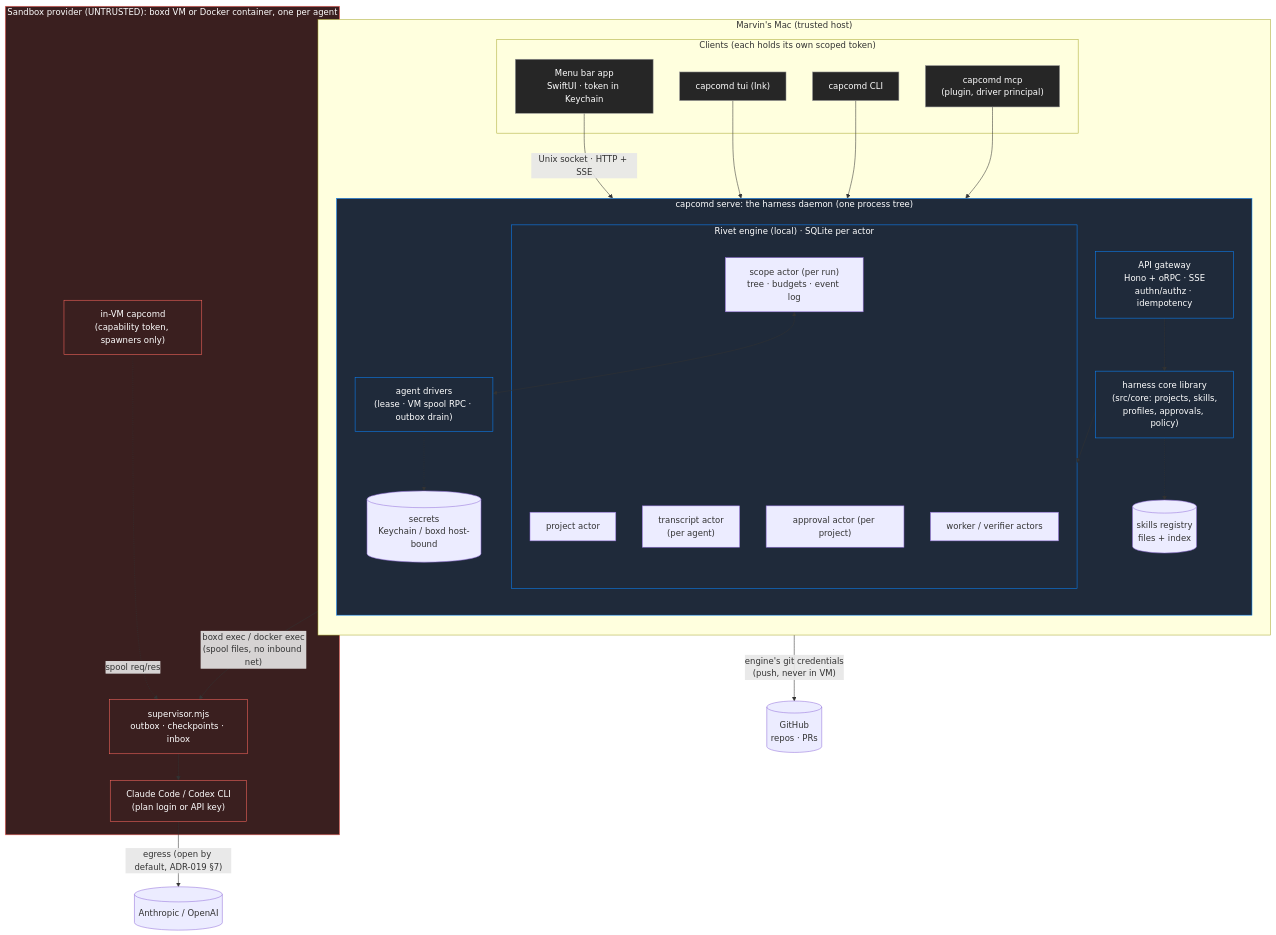
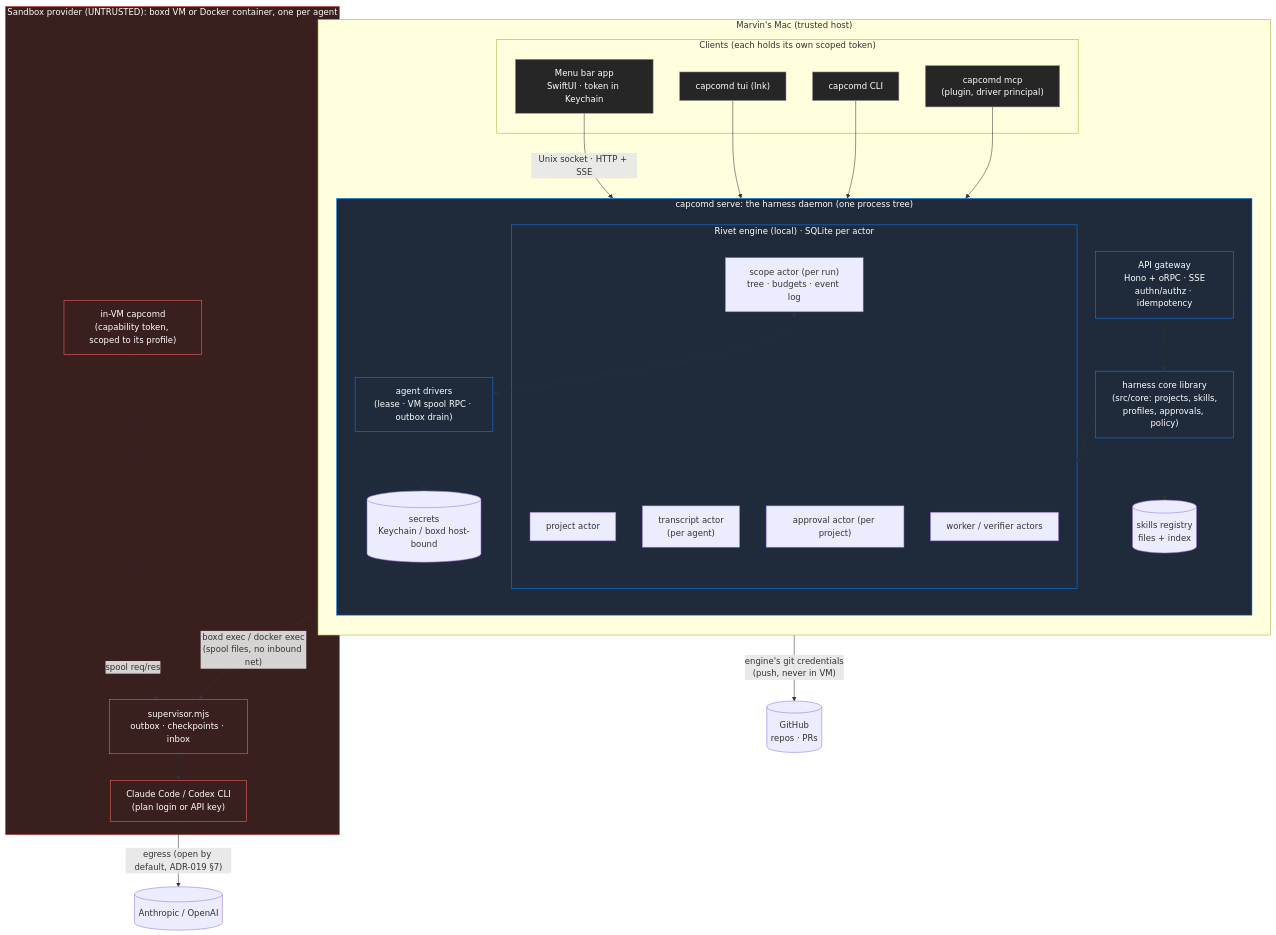
Before and after one commit to MarvinAmador7/capcomd: the diagram in docs/harness-architecture.md, drawn with Mermaid. The commit also changed 23 other files, not shown here.

````diff
--- a/docs/harness-architecture.md
+++ b/docs/harness-architecture.md
@@ -110,55 +110,55 @@
 ```mermaid
 flowchart TB
   subgraph Mac["Marvin's Mac (trusted host)"]
     direction TB
     subgraph Clients["Clients (each holds its own scoped token)"]
       MB["Menu bar app<br/>SwiftUI · token in Keychain"]
       TUI["capcomd tui (Ink)"]
       CLI["capcomd CLI"]
       MCP["capcomd mcp<br/>(plugin, driver principal)"]
     end
     subgraph Daemon["capcomd serve: the harness daemon (one process tree)"]
       direction TB
       API["API gateway<br/>Hono + oRPC · SSE<br/>authn/authz · idempotency"]
       CORE["harness core library<br/>(src/core: projects, skills,<br/>profiles, approvals, policy)"]
       subgraph Engine["Rivet engine (local) · SQLite per actor"]
         PA["project actor"]
         SA["scope actor (per run)<br/>tree · budgets · event log"]
         TA["transcript actor<br/>(per agent)"]
         AA["approval actor (per project)"]
         WA["worker / verifier actors"]
       end
       DRV["agent drivers<br/>(lease · VM spool RPC · outbox drain)"]
       REG[("skills registry<br/>files + index")]
       SEC[("secrets<br/>Keychain / boxd host-bound")]
     end
   end
   subgraph Sandbox["Sandbox provider (UNTRUSTED): boxd VM or Docker container, one per agent"]
     SUP["supervisor.mjs<br/>outbox · checkpoints · inbox"]
     AG["Claude Code / Codex CLI<br/>(plan login or API key)"]
-    VCLI["in-VM capcomd<br/>(capability token, spawners only)"]
+    VCLI["in-VM capcomd<br/>(capability token, scoped to its profile)"]
   end
   GH[("GitHub<br/>repos · PRs")]
   PROV[("Anthropic / OpenAI")]
 
   MB -- "Unix socket · HTTP + SSE" --> API
   TUI --> API
   CLI --> API
   MCP --> API
   API --> CORE --> Engine
   SA <--> DRV
   DRV -- "boxd exec / docker exec<br/>(spool files, no inbound net)" --> SUP
   SUP --> AG
   VCLI -. "spool req/res" .-> SUP
   AG -- "egress (open by default, ADR-019 §7)" --> PROV
   DRV -- "engine's git credentials<br/>(push, never in VM)" --> GH
   CORE -.-> REG
   DRV -.-> SEC
 
   classDef untrusted fill:#3a1f1f,stroke:#ff6961,color:#fff;
   classDef trusted fill:#1f2a3a,stroke:#0a84ff,color:#fff;
   classDef client fill:#262626,stroke:#999,color:#fff;
   class Sandbox,SUP,AG,VCLI untrusted;
   class Daemon,API,CORE,Engine,DRV trusted;
   class MB,TUI,CLI,MCP client;
 ```
````
